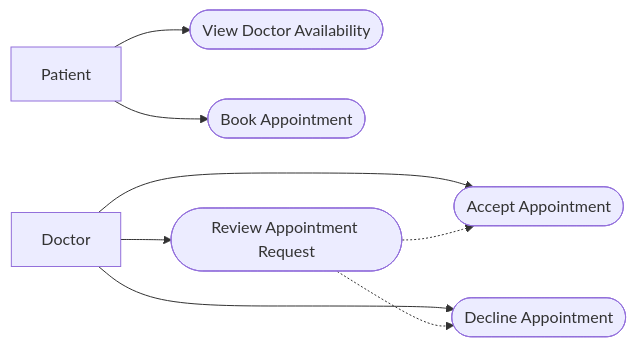
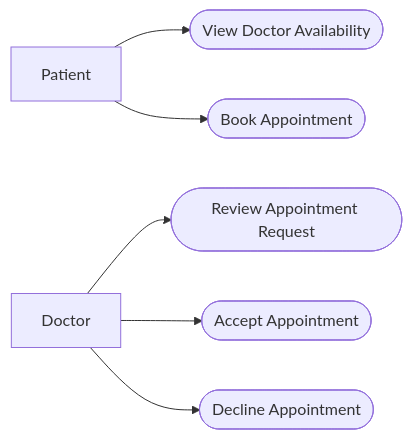
Before and after one commit to mazenn693/clinic-appointments: the diagram in 2_use_cases.md, drawn with Mermaid. The commit also changed other lines of this file, not shown here.

Commit message:
Refactor use case diagram and update note formatting
Removed unnecessary lines from the use case diagram and corrected note formatting.

````diff
--- a/2_use_cases.md
+++ b/2_use_cases.md
@@ -57,19 +57,17 @@
 ```mermaid
 flowchart LR
     Patient[Patient]
     Doctor[Doctor]
 
     UC1([View Doctor Availability])
     UC2([Book Appointment])
     UC3([Review Appointment Request])
     UC4([Accept Appointment])
     UC5([Decline Appointment])
 
     Patient --> UC1
     Patient --> UC2
     Doctor --> UC3
     Doctor --> UC4
     Doctor --> UC5
-    UC3 -.-> UC4
-    UC3 -.-> UC5
 ```
````
